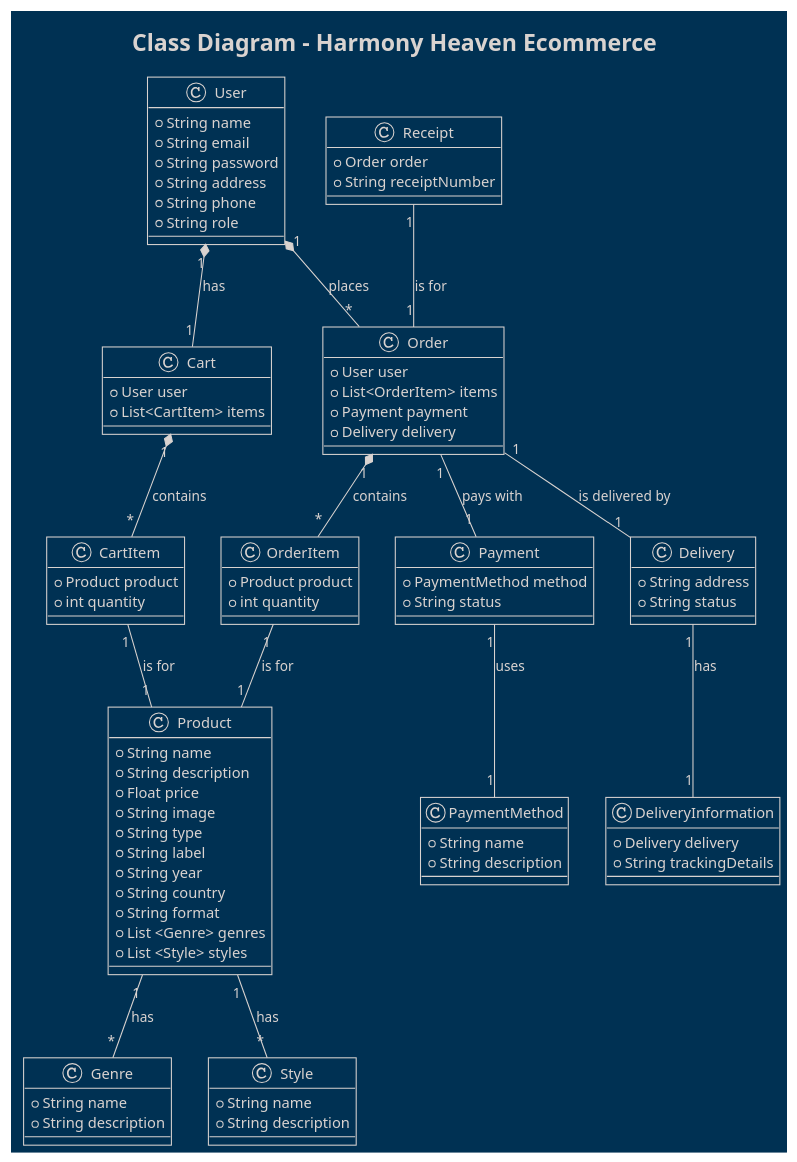
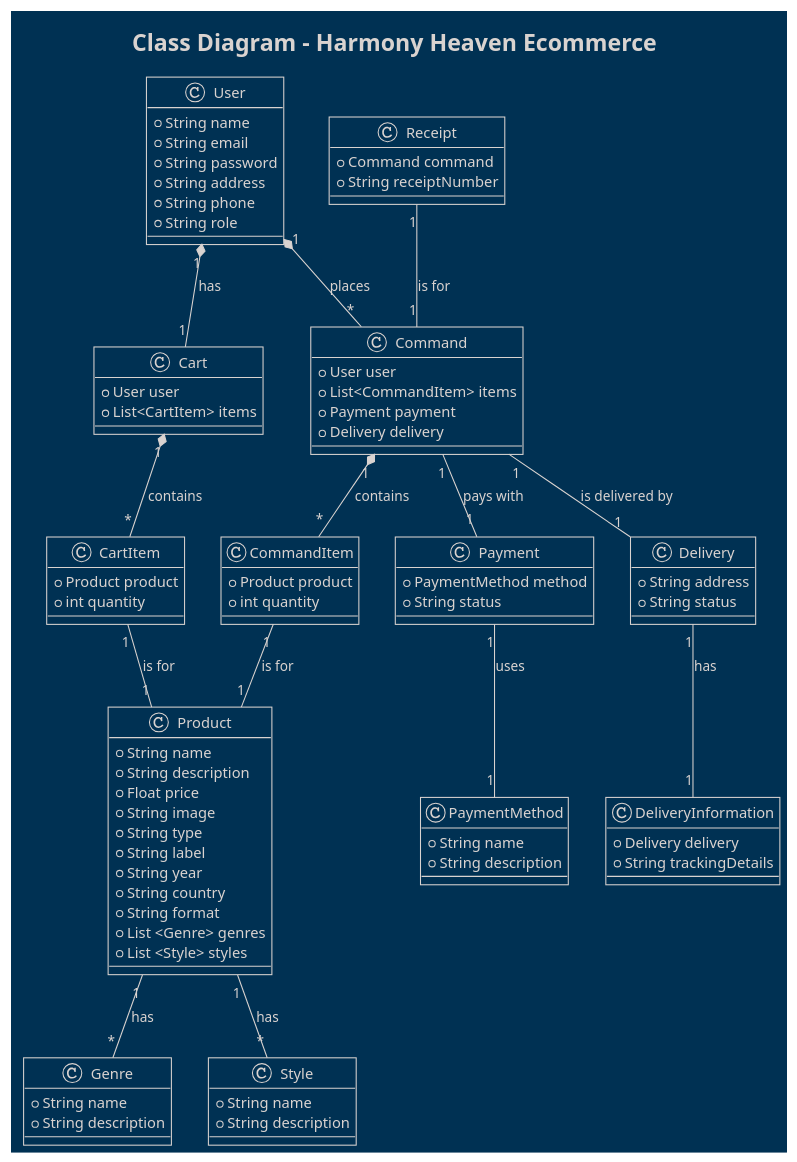
The diagram in diagram/class/database.wsd (Pixeloceax/HarmonyHeaven), drawn with PlantUML before and after one commit.

Commit message:
[FIX] - rename Order => Command & OrderItem => CommandItem

```diff
--- a/diagram/class/database.wsd
+++ b/diagram/class/database.wsd
@@ -1,129 +1,129 @@
 @startuml class diagram
 
 skin rose
 !theme blueprint
 
 
 title Class Diagram - Harmony Heaven Ecommerce
 
 class User {
     + String name
     + String email
     + String password
     + String address
     + String phone
     + String role
 }
 
 class Product {
     + String name
     + String description
     + Float price
     + String image
     + String type
     + String label
     + String year
     + String country
     + String format
     + List <Genre> genres
     + List <Style> styles
 }
 
 class Genre {
     + String name
     + String description
 }
 
 class Style {
     + String name
     + String description
 }
 
 class Cart {
     + User user
     + List<CartItem> items
 }
 
 class CartItem {
     + Product product
     + int quantity
 }
 
-class Order {
+class Command {
     + User user
-    + List<OrderItem> items
+    + List<CommandItem> items
     + Payment payment
     + Delivery delivery
 }
 
-class OrderItem {
+class CommandItem {
     + Product product
     + int quantity
 }
 
 class Receipt {
-    + Order order
+    + Command command
     + String receiptNumber
 
 }
 
 class PaymentMethod {
     + String name
     + String description
 }
 
 class Payment {
     + PaymentMethod method
     + String status
 }
 
 class Delivery {
     + String address
     + String status
 }
 
 class DeliveryInformation {
     + Delivery delivery
     + String trackingDetails
 }
 
 User "1" *-- "1" Cart : has  
 'Un utilisateur a un panier (relation un-à-un)
 
 Cart "1" *-- "*" CartItem : contains  
 'Un panier peut contenir plusieurs articles (relation un-à-plusieurs)
 
-User "1" *-- "*" Order : places 
+User "1" *-- "*" Command : places 
 'Un utilisateur peut passer plusieurs commandes (relation un-à-plusieurs)
 
-Order "1" *-- "*" OrderItem : contains 
+Command "1" *-- "*" CommandItem : contains 
 'Une commande peut contenir plusieurs articles (relation un-à-plusieurs)
 
-Order "1" -- "1" Delivery : is delivered by 
+Command "1" -- "1" Delivery : is delivered by 
 'Une commande est livrée par une livraison (relation un-à-un)
 
-Receipt "1" -- "1" Order : is for 
+Receipt "1" -- "1" Command : is for 
 'Un reçu est pour une commande (relation un-à-un)
 
-Order "1" -- "1" Payment : pays with 
+Command "1" -- "1" Payment : pays with 
 'Une commande est payée avec un paiement (relation un-à-un)
 
 Payment "1" -- "1" PaymentMethod : uses  
 'Un paiement utilise une méthode de paiement (relation un-à-un)
 
 Delivery "1" -- "1" DeliveryInformation : has  
  'Une livraison a des informations de livraison (relation un-à-un)
 
 CartItem "1" -- "1" Product : is for 
 'Un CartItem est pour un Product (relation un-à-un)
 
-OrderItem "1" -- "1" Product : is for 
-'Un OrderItem est pour un Product (relation un-à-un)
+CommandItem "1" -- "1" Product : is for 
+'Un commandItem est pour un Product (relation un-à-un)
 
 Product "1" -- "*" Genre : has  
 'Un produit peut avoir plusieurs genres (relation un-à-plusieurs)
 
 Product "1" -- "*" Style : has  
 'Un produit peut avoir plusieurs styles (relation un-à-plusieurs)
 
 @enduml
```
